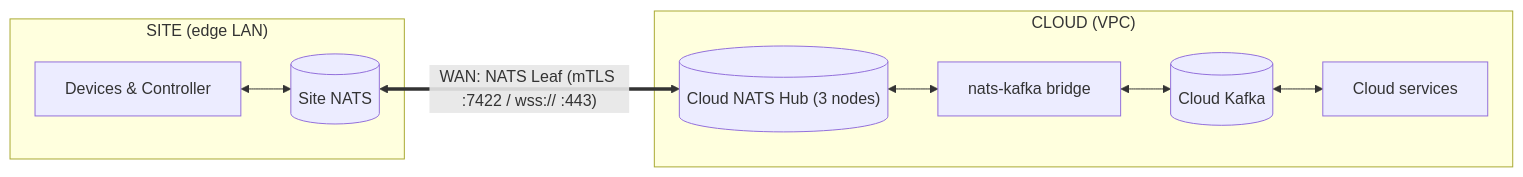
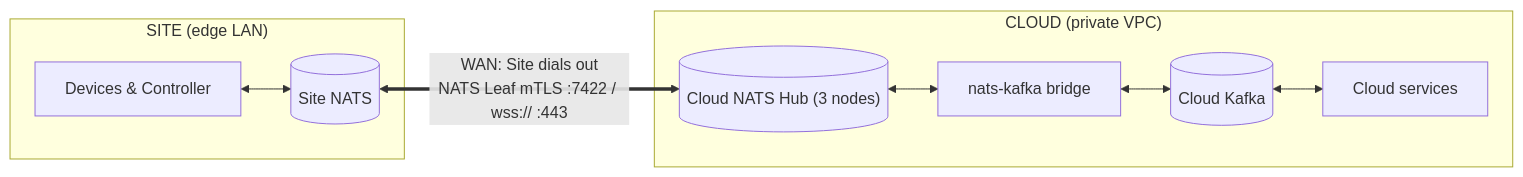
One commit to jinternals/nats-demo changed the first of 3 diagrams in README.md. Above: the diagram before and after it, drawn with Mermaid. The commit also changed other lines of this file and 10 other files, not shown here.

Commit message:
Add Pattern C (Cloud Bridge -> Site NATS) and unify all Site/WAN/Cloud diagrams

````diff
--- a/README.md
+++ b/README.md
@@ -21,12 +22,10 @@
 ```mermaid
 flowchart LR
   subgraph siteA["SITE (edge LAN)"]
     dA["Devices &amp; Controller"] <--> sA[("Site NATS")]
   end
-
-  subgraph cloudA["CLOUD (VPC)"]
+  subgraph cloudA["CLOUD (private VPC)"]
     hA[("Cloud NATS Hub (3 nodes)")] <--> bA["nats-kafka bridge"] <--> kA[("Cloud Kafka")] <--> svcA["Cloud services"]
   end
-
-  sA <== "WAN: NATS Leaf (mTLS :7422 / wss:// :443)" ==> hA
+  sA <== "WAN: Site dials out<br/>NATS Leaf mTLS :7422 / wss:// :443" ==> hA
 ```
````
